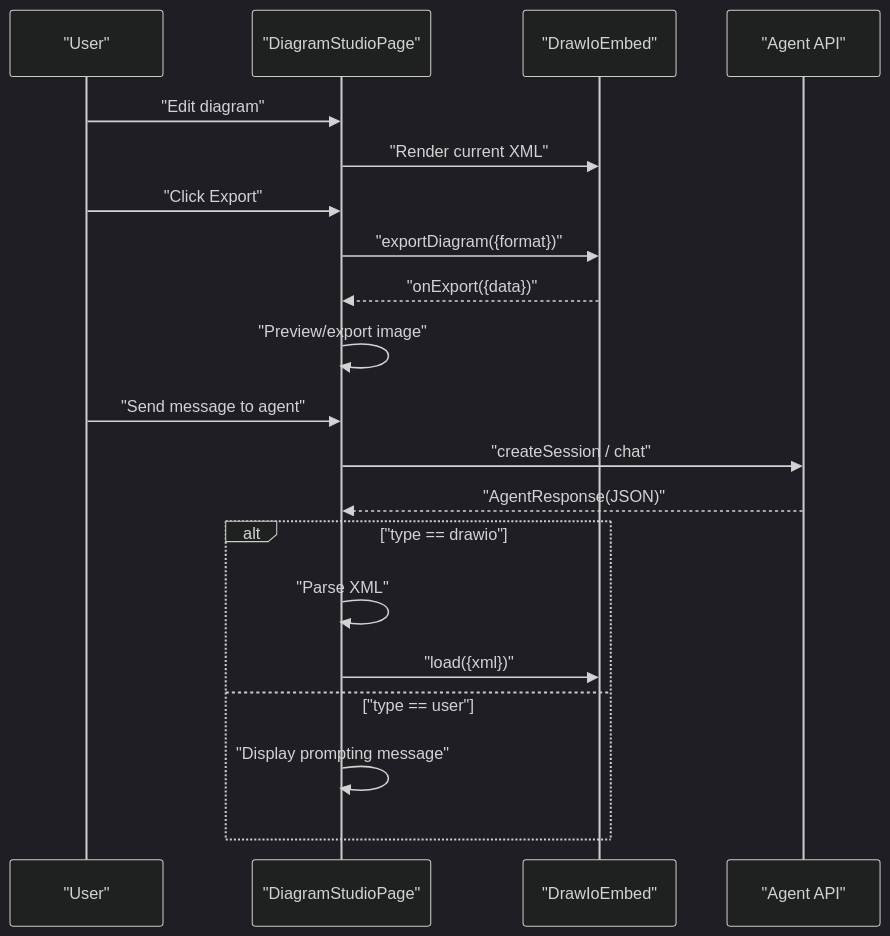
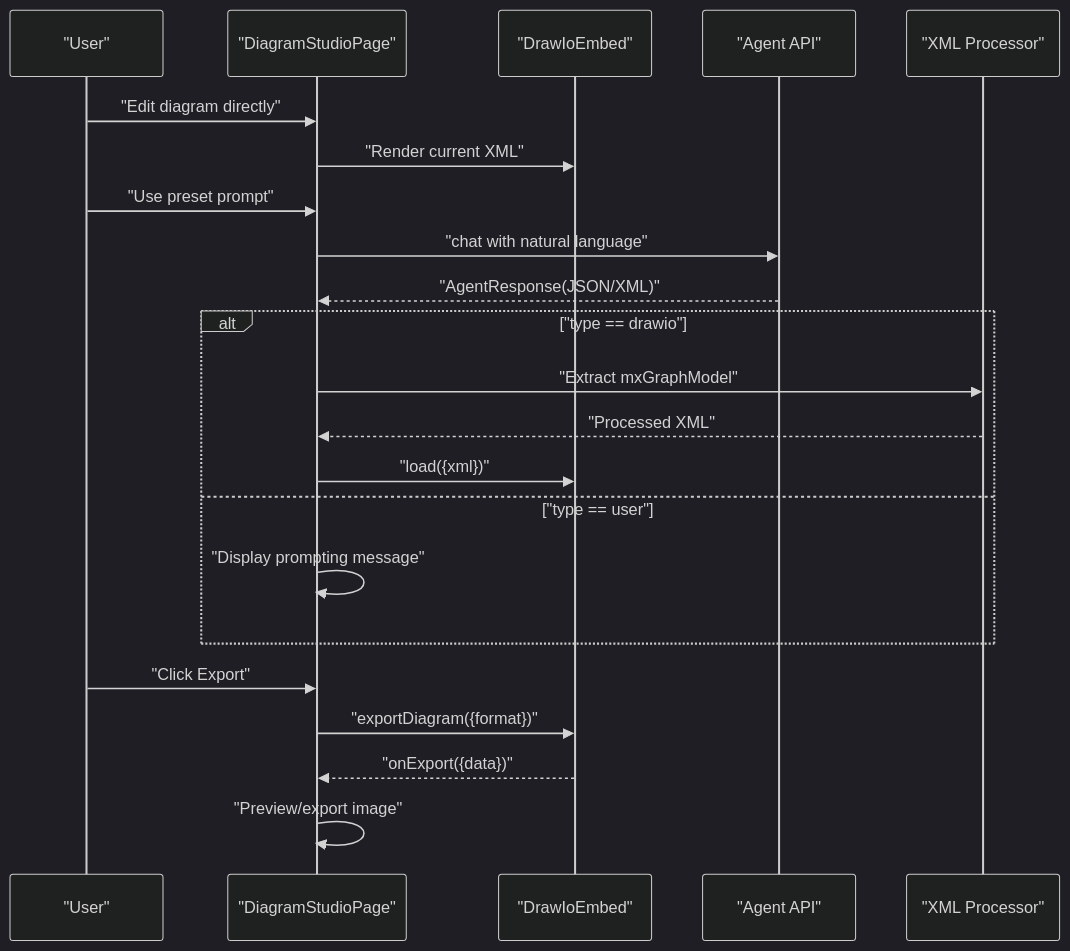
One commit to shrekboss/agent-draw-io-front changed the second of 14 diagrams in .qoder/repowiki/en/content/Diagram Editor.md. Above: the diagram before and after it, drawn with Mermaid (dark theme). The commit also changed other lines of this file and 13 other files, not shown here.

Commit message:
feat(agent-draw-io-front): 优化交互式画图

````diff
--- a/.qoder/repowiki/en/content/Diagram Editor.md
+++ b/.qoder/repowiki/en/content/Diagram Editor.md
@@ -103,22 +127,24 @@
 ```mermaid
 sequenceDiagram
 participant U as "User"
 participant P as "DiagramStudioPage"
 participant D as "DrawIoEmbed"
 participant A as "Agent API"
-U->>P : "Edit diagram"
+participant X as "XML Processor"
+U->>P : "Edit diagram directly"
 P->>D : "Render current XML"
+U->>P : "Use preset prompt"
+P->>A : "chat with natural language"
+A-->>P : "AgentResponse(JSON/XML)"
+alt "type == drawio"
+P->>X : "Extract mxGraphModel"
+X-->>P : "Processed XML"
+P->>D : "load({xml})"
+else "type == user"
+P->>P : "Display prompting message"
+end
 U->>P : "Click Export"
 P->>D : "exportDiagram({format})"
 D-->>P : "onExport({data})"
 P->>P : "Preview/export image"
-U->>P : "Send message to agent"
-P->>A : "createSession / chat"
-A-->>P : "AgentResponse(JSON)"
-alt "type == drawio"
-P->>P : "Parse XML"
-P->>D : "load({xml})"
-else "type == user"
-P->>P : "Display prompting message"
-end
 ```
````
